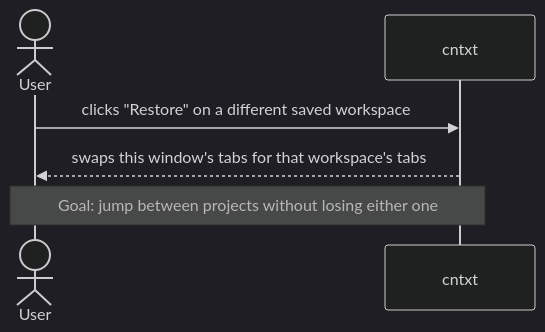
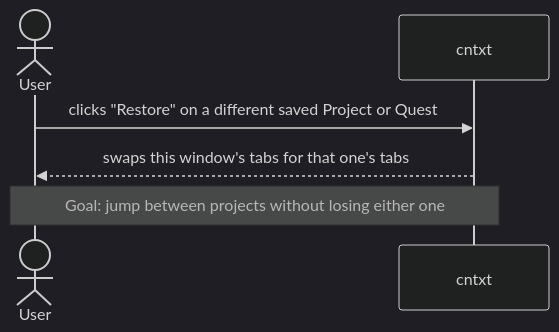
One commit to enyhma/cntxt changed the tenth of 11 diagrams in docs/workflows.md. Above: the diagram before and after it, drawn with Mermaid (dark theme). The commit also changed other lines of this file and 9 other files, not shown here.

````diff
--- a/docs/workflows.md
+++ b/docs/workflows.md
@@ -235,9 +248,9 @@
 ```mermaid
 sequenceDiagram
     actor User
     participant cntxt
 
-    User->>cntxt: clicks "Restore" on a different saved workspace
-    cntxt-->>User: swaps this window's tabs for that workspace's tabs
+    User->>cntxt: clicks "Restore" on a different saved Project or Quest
+    cntxt-->>User: swaps this window's tabs for that one's tabs
     Note over User,cntxt: Goal: jump between projects without losing either one
 ```
````
